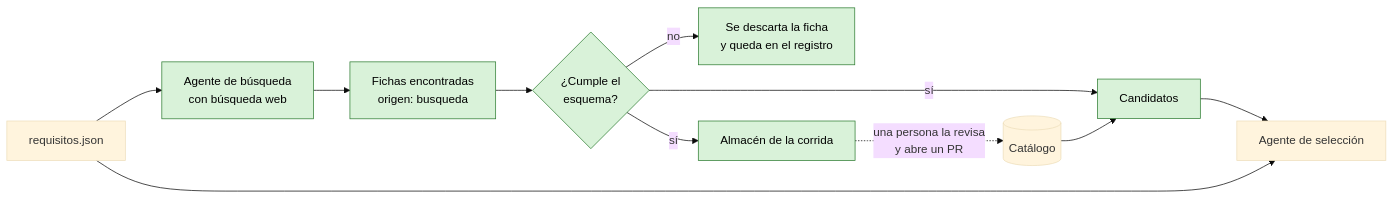
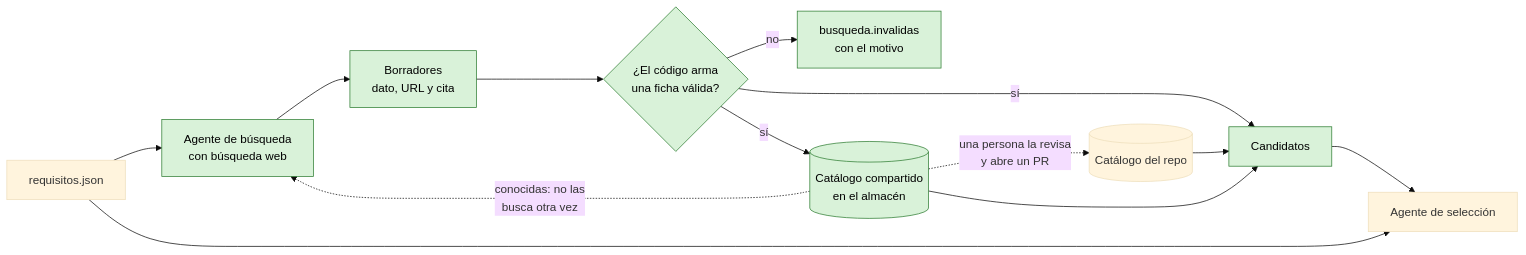
One commit to platanus-hack/platanus-hack-26-cl-team-4 changed the third of 7 diagrams in docs/agentes/seleccion-robot-flujo.md. Above: the diagram before and after it, drawn with Mermaid (base theme). The commit also changed other lines of this file and 5 other files, not shown here.

First line of the commit message:
docs(agentes): describe la búsqueda web y el catálogo compartido

````diff
--- a/docs/agentes/seleccion-robot-flujo.md
+++ b/docs/agentes/seleccion-robot-flujo.md
@@ -47,15 +47,17 @@
 ```mermaid
 flowchart LR
   Q[requisitos.json] --> B["Agente de búsqueda<br/>con búsqueda web"]
-  B --> F["Fichas encontradas<br/>origen: busqueda"]
-  F --> V{"¿Cumple el<br/>esquema?"}
-  V -->|no| X["Se descarta la ficha<br/>y queda en el registro"]
+  B --> F["Borradores<br/>dato, URL y cita"]
+  F --> V{"¿El código arma<br/>una ficha válida?"}
+  V -->|no| X["busqueda.invalidas<br/>con el motivo"]
   V -->|sí| CAND["Candidatos"]
-  CAT[("Catálogo")] --> CAND
+  CAT[("Catálogo del repo")] --> CAND
+  COM[("Catálogo compartido<br/>en el almacén")] --> CAND
+  COM -.->|"conocidas: no las<br/>busca otra vez"| B
   CAND --> A["Agente de selección"]
   Q --> A
-  V -->|sí| G["Almacén de la corrida"]
-  G -.->|"una persona la revisa<br/>y abre un PR"| CAT
+  V -->|sí| COM
+  COM -.->|"una persona la revisa<br/>y abre un PR"| CAT
   classDef nuevo fill:#d9f2d9,stroke:#2e7d32,color:#000
-  class B,F,V,X,CAND,G nuevo
+  class B,F,V,X,CAND,COM nuevo
 ```
````
